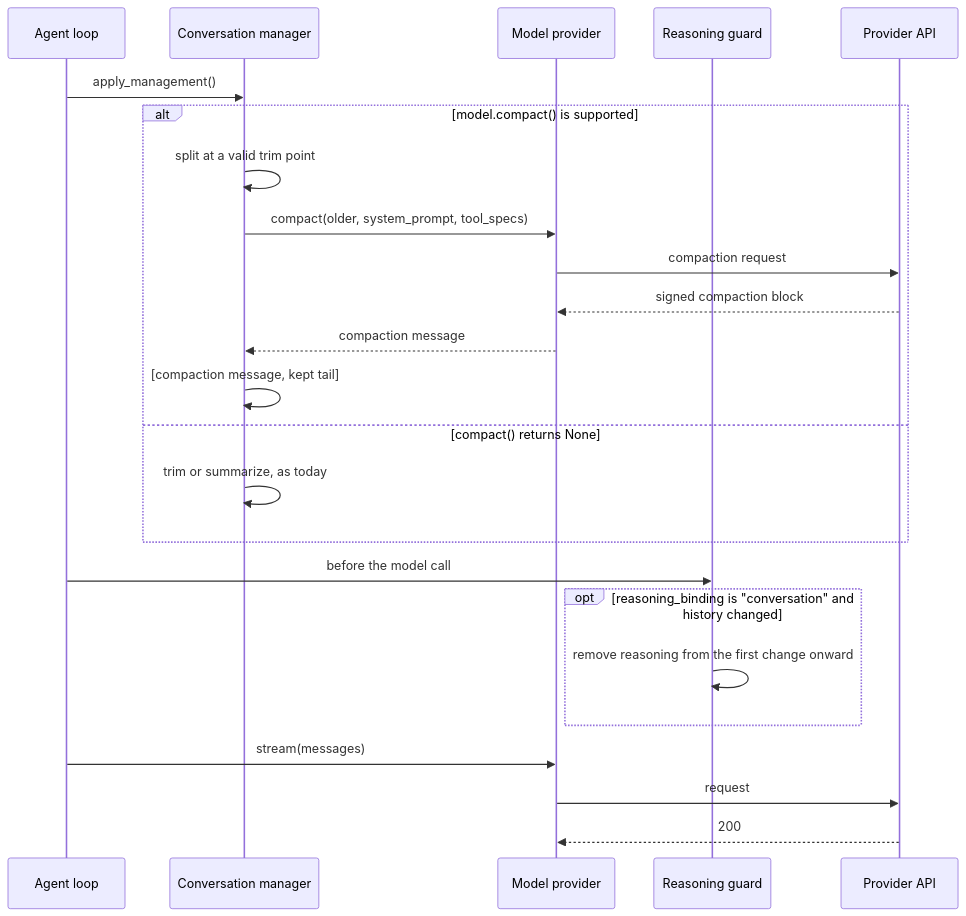
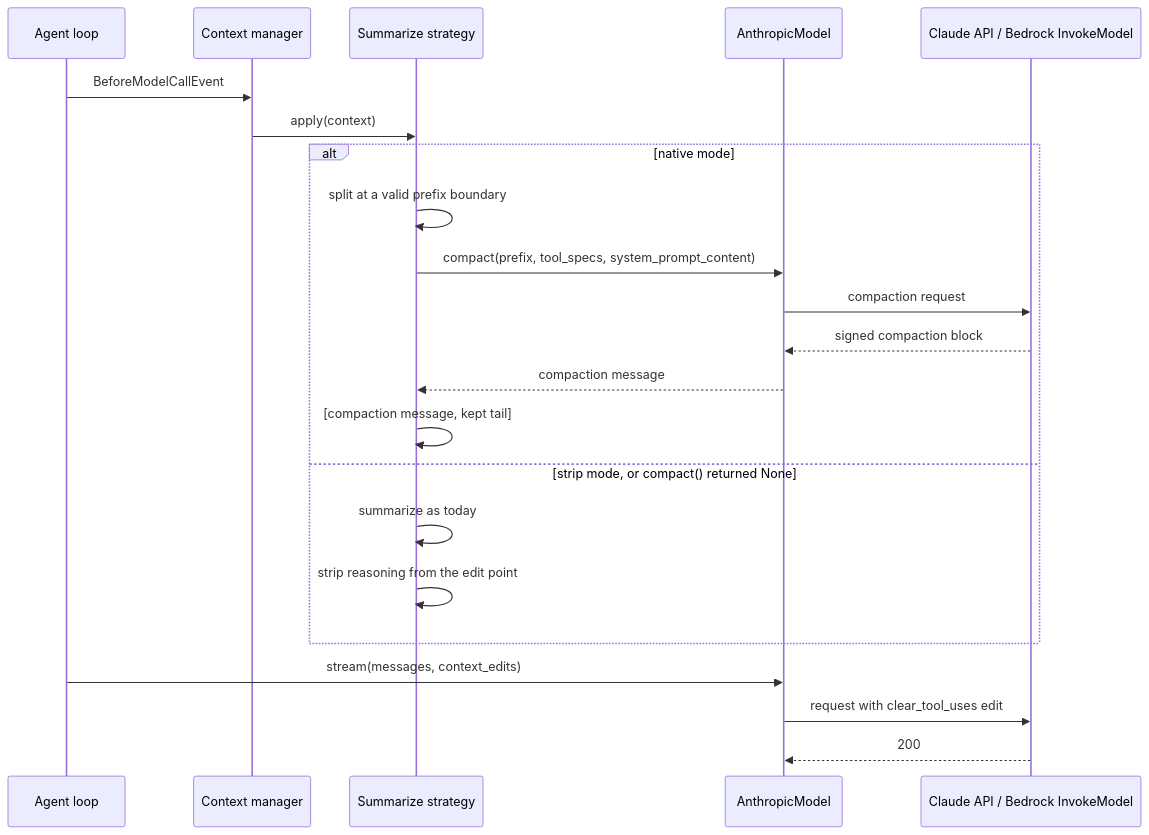
The third of 4 diagrams in team/designs/0021-preserved-thinking.md (3431481073/harness-sdk), drawn with Mermaid before and after one commit. The commit also changed other lines of this file, not shown here.

First line of the commit message:
docs(designs): rescope preserved thinking around server-side compaction

````diff
--- a/team/designs/0021-preserved-thinking.md
+++ b/team/designs/0021-preserved-thinking.md
@@ -126,27 +142,25 @@
 ```mermaid
 sequenceDiagram
     participant EL as Agent loop
-    participant CM as Conversation manager
-    participant M as Model provider
-    participant G as Reasoning guard
-    participant API as Provider API
+    participant CM as Context manager
+    participant S as Summarize strategy
+    participant M as AnthropicModel
+    participant API as Claude API / Bedrock InvokeModel
 
-    EL->>CM: apply_management()
-    alt model.compact() is supported
-        CM->>CM: split at a valid trim point
-        CM->>M: compact(older, system_prompt, tool_specs)
+    EL->>CM: BeforeModelCallEvent
+    CM->>S: apply(context)
+    alt native mode
+        S->>S: split at a valid prefix boundary
+        S->>M: compact(prefix, tool_specs, system_prompt_content)
         M->>API: compaction request
         API-->>M: signed compaction block
-        M-->>CM: compaction message
-        CM->>CM: [compaction message, kept tail]
-    else compact() returns None
-        CM->>CM: trim or summarize, as today
+        M-->>S: compaction message
+        S->>S: [compaction message, kept tail]
+    else strip mode, or compact() returned None
+        S->>S: summarize as today
+        S->>S: strip reasoning from the edit point
     end
-    EL->>G: before the model call
-    opt reasoning_binding is "conversation" and history changed
-        G->>G: remove reasoning from the first change onward
-    end
-    EL->>M: stream(messages)
-    M->>API: request
+    EL->>M: stream(messages, context_edits)
+    M->>API: request with clear_tool_uses edit
     API-->>M: 200
 ```
````
